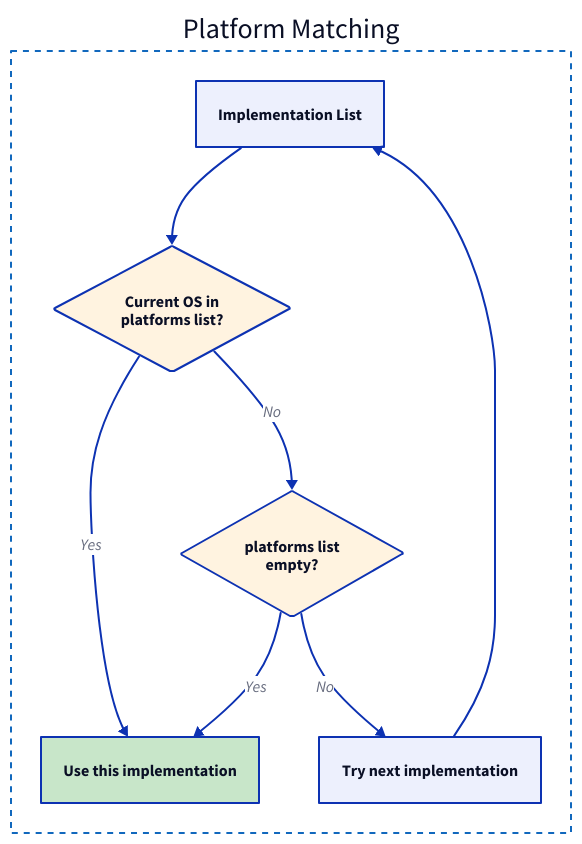
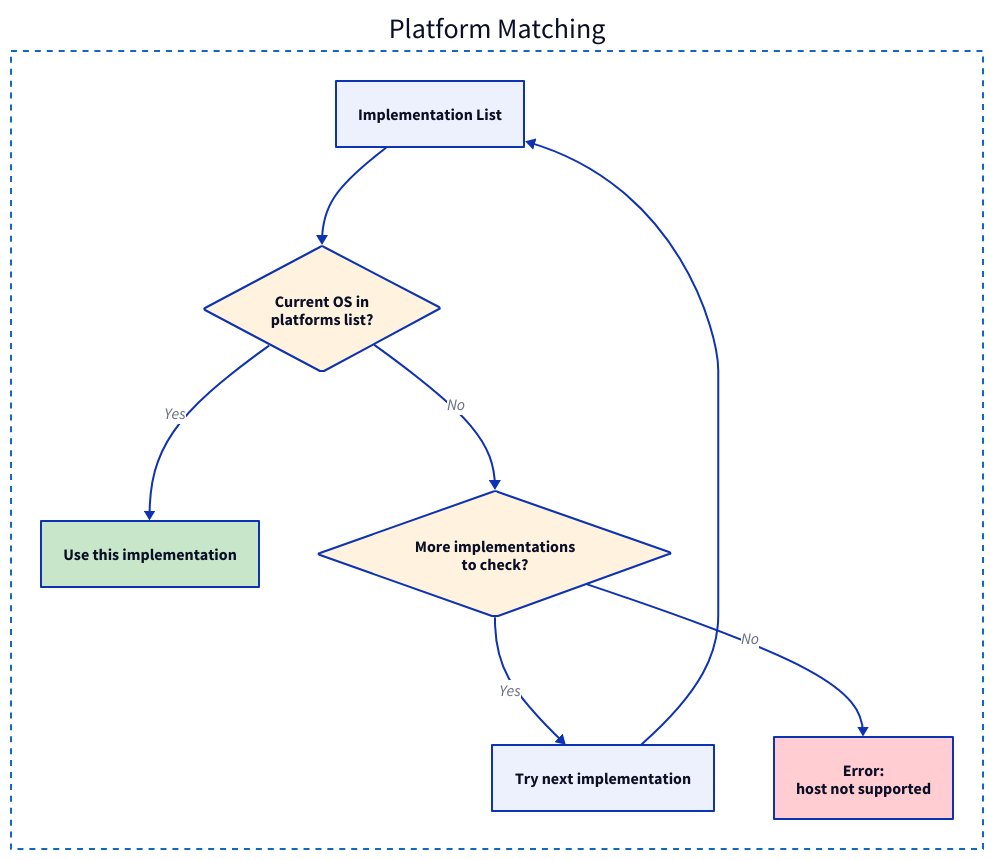
The diagram in docs/diagrams/flowcharts/runtime-platform.d2 (invowk/invowk), drawn with D2 before and after one commit. The commit also changed 23 other files, not shown here. The source asks for the TALA layout; these drawings use dagre instead.

First line of the commit message:
fix(diagrams): correct 5 D2 diagrams for accuracy against codebase

```diff
--- a/docs/diagrams/flowcharts/runtime-platform.d2
+++ b/docs/diagrams/flowcharts/runtime-platform.d2
@@ -1,51 +1,55 @@
 # Platform Matching Flowchart
 #
 # Shows how Invowk selects the correct implementation
 # based on the current platform (OS).
 #
 # Source: docs/architecture/flowchart-runtime-selection.md
 
 vars: {
   d2-config: {
     layout-engine: tala
   }
 }
 
 direction: down
 
 # ==============================================================================
 # Platform Matching Logic
 # ==============================================================================
 
 platform_matching: Platform Matching {
   style: {
     stroke: "#1168BD"
     stroke-dash: 3
     fill: transparent
   }
 
   Impl: Implementation List
 
   Check1: Current OS in\nplatforms list? {
     shape: diamond
     style.fill: "#FFF3E0"
   }
 
   UseIt: Use this implementation {
     style.fill: "#C8E6C9"
   }
 
-  Check2: platforms list\nempty? {
+  MoreImpls: More implementations\nto check? {
     shape: diamond
     style.fill: "#FFF3E0"
   }
 
   NextImpl: Try next implementation
 
+  NoMatch: Error:\nhost not supported {
+    style.fill: "#FFCDD2"
+  }
+
   Impl -> Check1
   Check1 -> UseIt: Yes
-  Check1 -> Check2: No
-  Check2 -> UseIt: Yes
-  Check2 -> NextImpl: No
+  Check1 -> MoreImpls: No
+  MoreImpls -> NextImpl: Yes
+  MoreImpls -> NoMatch: No
   NextImpl -> Impl
 }
```
